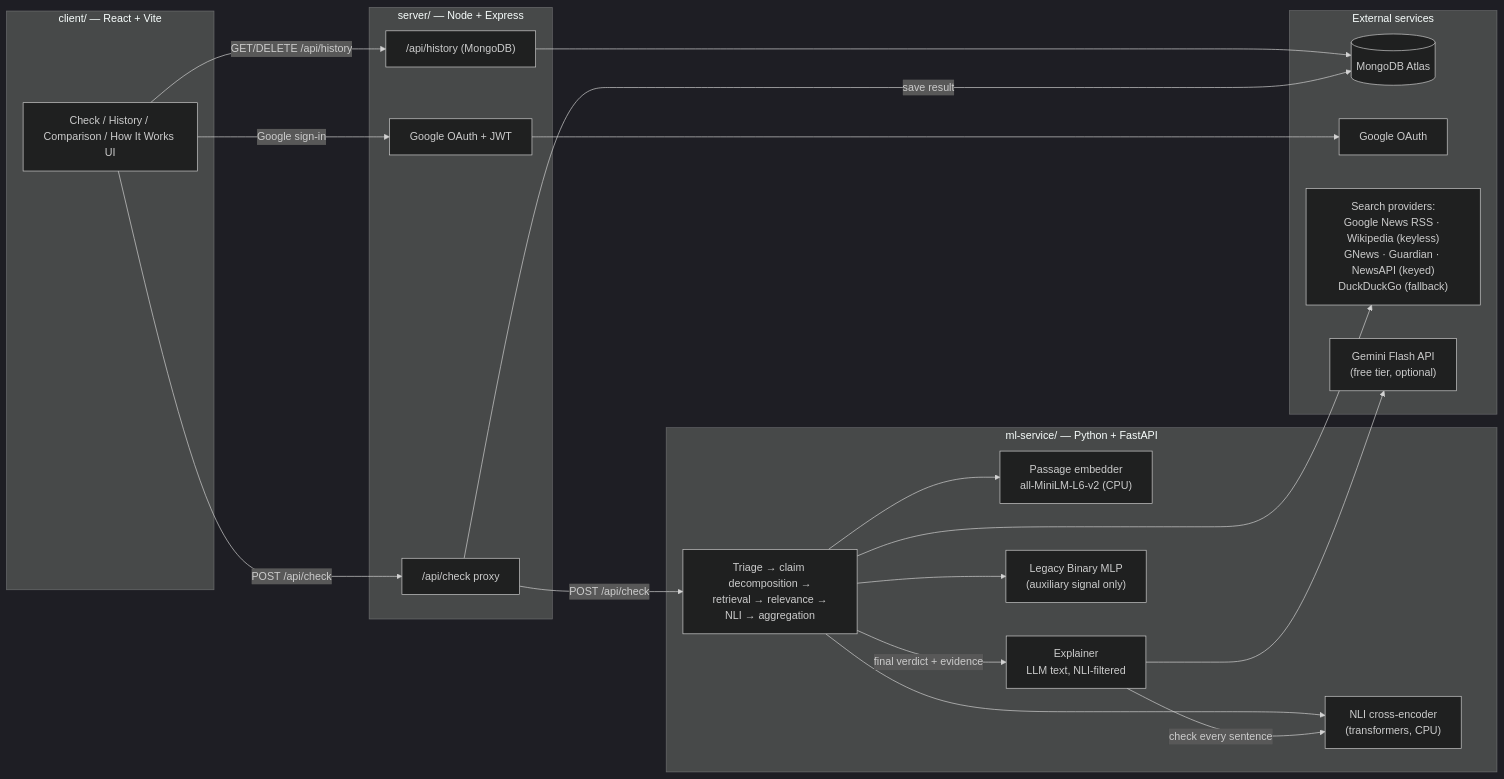
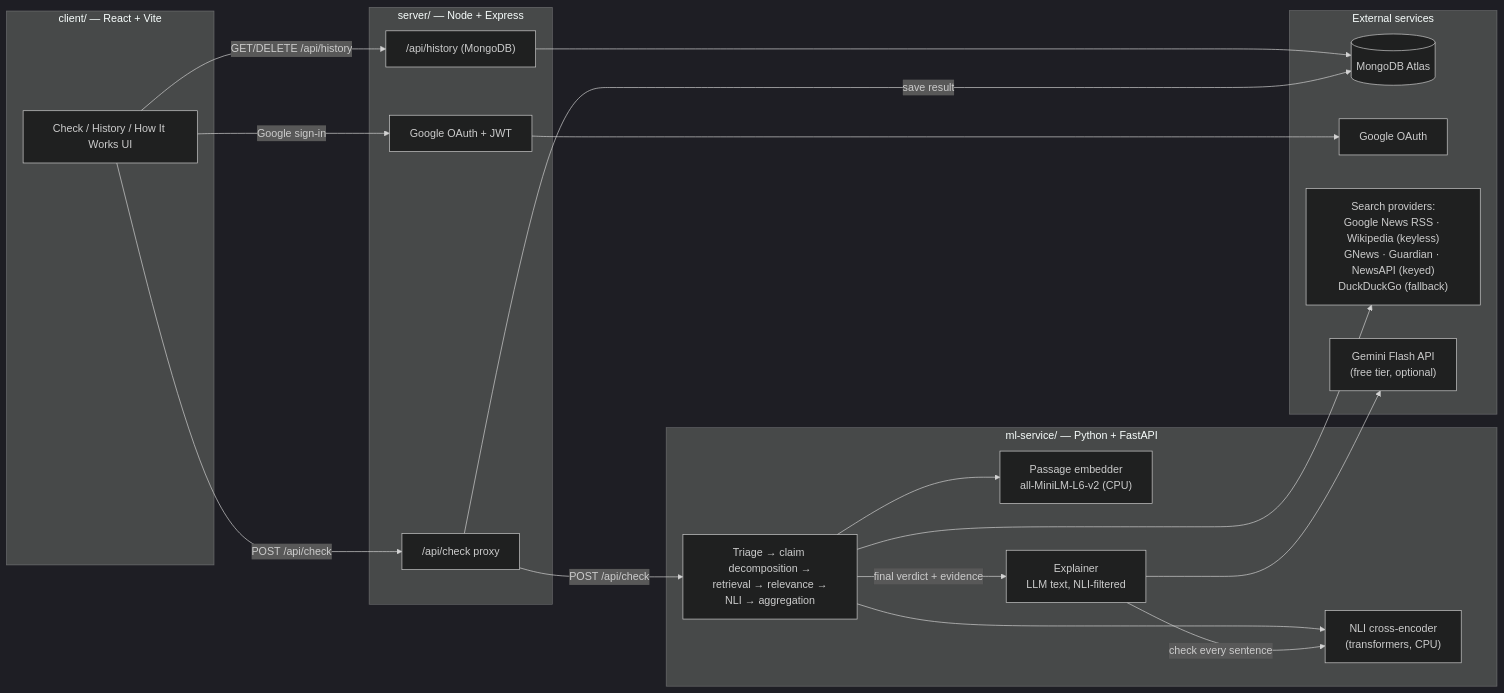
Before and after one commit to Shoaib1M/NewsChecker_v2: the first of 2 diagrams in README.md, drawn with Mermaid (dark theme). The commit also changed other lines of this file and 33 other files, not shown here.

````diff
--- a/README.md
+++ b/README.md
@@ -104,39 +101,37 @@
 ```mermaid
 flowchart LR
     subgraph Client["client/ — React + Vite"]
-        UI[Check / History / Comparison / How It Works UI]
+        UI[Check / History / How It Works UI]
     end
     subgraph Server["server/ — Node + Express"]
         Auth["Google OAuth + JWT"]
         Proxy["/api/check proxy"]
         History["/api/history (MongoDB)"]
     end
     subgraph ML["ml-service/ — Python + FastAPI"]
         Pipeline["Triage → claim decomposition →<br/>retrieval → relevance →<br/>NLI → aggregation"]
         NLIModel["NLI cross-encoder<br/>(transformers, CPU)"]
         Embedder["Passage embedder<br/>all-MiniLM-L6-v2 (CPU)"]
         Explainer["Explainer<br/>LLM text, NLI-filtered"]
-        Legacy["Legacy Binary MLP<br/>(auxiliary signal only)"]
     end
     subgraph External["External services"]
         Mongo[(MongoDB Atlas)]
         Google[Google OAuth]
         News["Search providers:<br/>Google News RSS · Wikipedia (keyless)<br/>GNews · Guardian · NewsAPI (keyed)<br/>DuckDuckGo (fallback)"]
         Gemini["Gemini Flash API<br/>(free tier, optional)"]
     end
 
     UI -->|"POST /api/check"| Proxy
     UI -->|"Google sign-in"| Auth
     UI -->|"GET/DELETE /api/history"| History
     Auth --> Google
     History --> Mongo
     Proxy -->|"POST /api/check"| Pipeline
     Proxy -->|save result| Mongo
     Pipeline --> NLIModel
     Pipeline --> Embedder
-    Pipeline --> Legacy
     Pipeline --> News
     Pipeline -->|"final verdict + evidence"| Explainer
     Explainer --> Gemini
     Explainer -->|"check every sentence"| NLIModel
 ```
````
